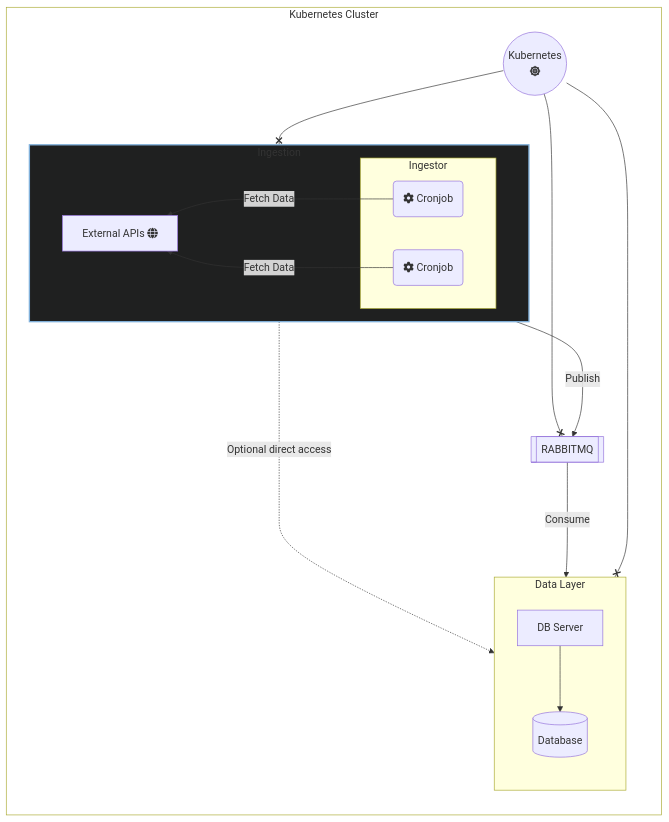
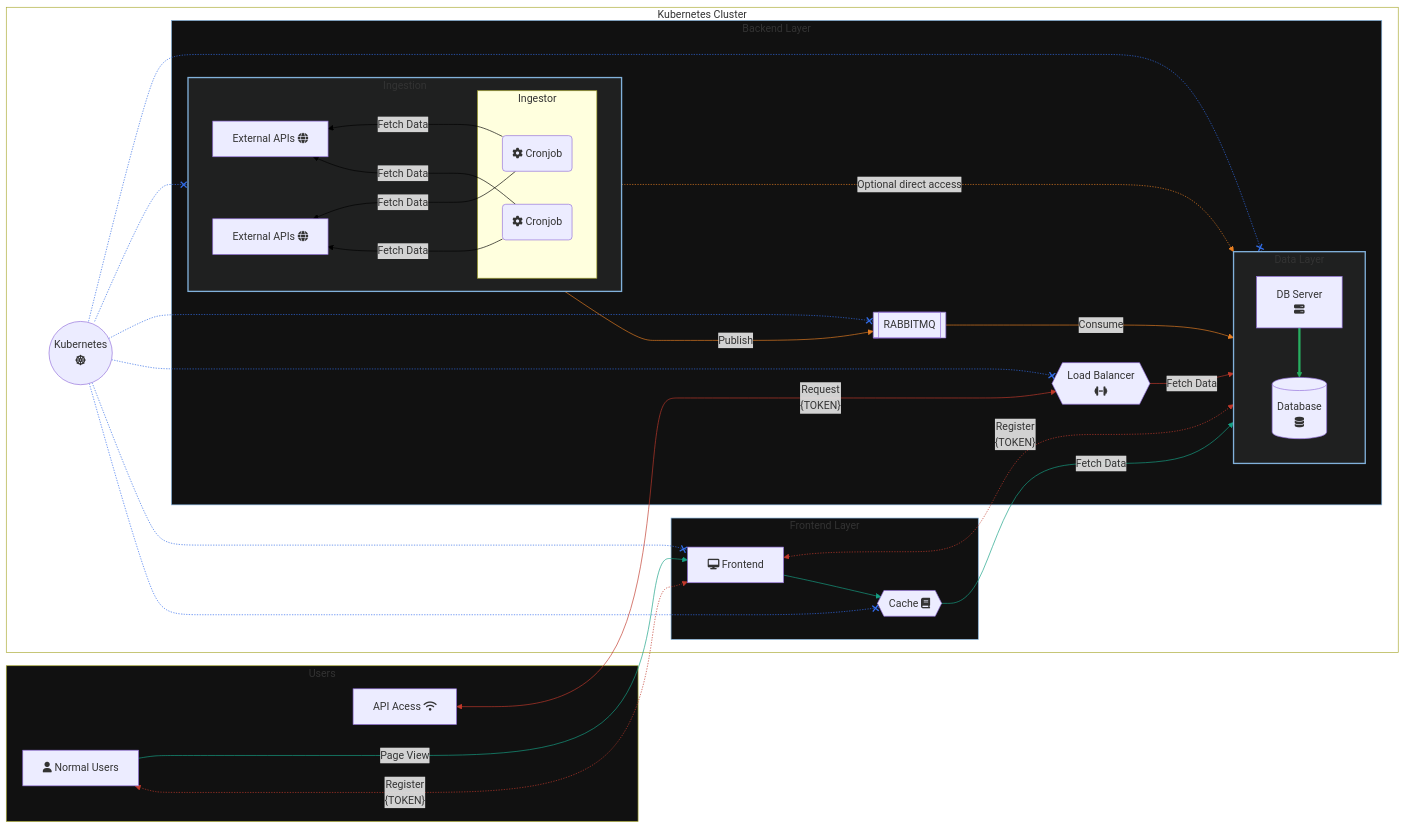
Before and after one commit to Hyperclaw79/StocksALot: the diagram in README.md, drawn with Mermaid. The commit also changed other lines of this file and 22 other files, not shown here.

Commit message:
Added external API access to DB Server and no auth logic for microservices.

````diff
--- a/README.md
+++ b/README.md
@@ -72,30 +85,83 @@
 ```mermaid
   graph LR
-    subgraph A[Ingestion]
-        direction RL
-        style A fill:#1f2020,stroke:#81B1DB,stroke-width:2px,fontSize:20px
-        subgraph Ingestor
-            F(fa:fa-gear Cronjob)
-            G(fa:fa-gear Cronjob)
+    K((Kubernetes\nfa:fa-dharmachakra))
+    K -.-x I
+    K -.-x data
+    K -.-x R
+    K -.-x F
+    K -.-x LB    
+        
+    subgraph K8s[Kubernetes Cluster]
+      style K8s fill:none
+
+      subgraph Internal[Backend Layer]
+        style Internal fill:#111,stroke:#81B1DB
+
+        subgraph I[Ingestion]
+            direction RL
+            style I fill:#1f2020,stroke:#81B1DB,stroke-width:2px
+
+            subgraph Ingestor
+                C1(fa:fa-gear Cronjob)
+                C2(fa:fa-gear Cronjob)
+            end
+
+            C1 --->|Fetch Data| E1[External APIs fa:fa-globe]
+            C1 --->|Fetch Data| E2[External APIs fa:fa-globe]
+            C2 --->|Fetch Data| E1
+            C2 --->|Fetch Data| E2
         end
-        F --->|Fetch Data| E[External APIs fa:fa-globe]
-        G --->|Fetch Data| E
-    end
-    
-    subgraph data[Data Layer]
-        direction TB
-        style data fontSize:20
-        C[DB Server] --> D[(Database)]
+        
+        subgraph data[Data Layer]
+            direction TB
+            style data fill:#1f2020,stroke:#81B1DB,stroke-width:2px
+
+            DS[DB Server\nfa:fa-server] ==> DB[(Database\nfa:fa-database)]
+        end
+
+        I -....->|Optional direct access| data
+        I --->|Publish| R[[RABBITMQ]] ---> |Consume| data
+        LB{{Load Balancer\nfa:fa-dumbbell}} -->|Fetch Data| data
+      end
+
+        subgraph FE[Frontend Layer]
+            style FE fill:#111,stroke:#81B1DB
+            F <-.-> |"Register\n{TOKEN}"| data
+            F[fa:fa-desktop Frontend] --> Cache{{Cache fa:fa-book}} --> |Fetch Data| data
+        end
+        K -.-x Cache
     end
 
-    A -....->|Optional direct access| data
-    A --->|Publish| B[[RABBITMQ]] ---> |Consume| data
+    subgraph Users
+        style Users fill:#111
 
-    subgraph K8s[Kubernetes Cluster]
-        style K8s fill:none, fontSize:20px
-        K((Kubernetes\nfa:fa-dharmachakra))
-        K --x A
-        K --x B
-        K --x data
+        NU[fa:fa-user Normal Users] --->|Page View| F
+        NU <-.-> |"Register\n{TOKEN}"| F
+        NU ~~~ Ext[API Acess fa:fa-wifi]
+        Ext <----> |"Request\n{TOKEN}"| LB
     end
+
+%% Change link colors
+linkStyle 0 stroke:#326CE5
+linkStyle 1 stroke:#326CE5
+linkStyle 2 stroke:#326CE5
+linkStyle 3 stroke:#326CE5
+linkStyle 4 stroke:#326CE5
+linkStyle 5 stroke:#000
+linkStyle 6 stroke:#000
+linkStyle 7 stroke:#000
+linkStyle 8 stroke:#000
+linkStyle 9 stroke:#27AE60
+linkStyle 10 stroke:#E67E22
+linkStyle 11 stroke:#E67E22
+linkStyle 12 stroke:#E67E22
+linkStyle 13 stroke:#C0392B
+linkStyle 14 stroke:#C0392B
+linkStyle 15 stroke:#16A085
+linkStyle 16 stroke:#16A085
+linkStyle 17 stroke:#326CEF
+linkStyle 18 stroke:#16A085
+linkStyle 19 stroke:#C0392B
+linkStyle 20 stroke:#C0392B
+linkStyle 21 stroke:#C0392B
 ```
````
